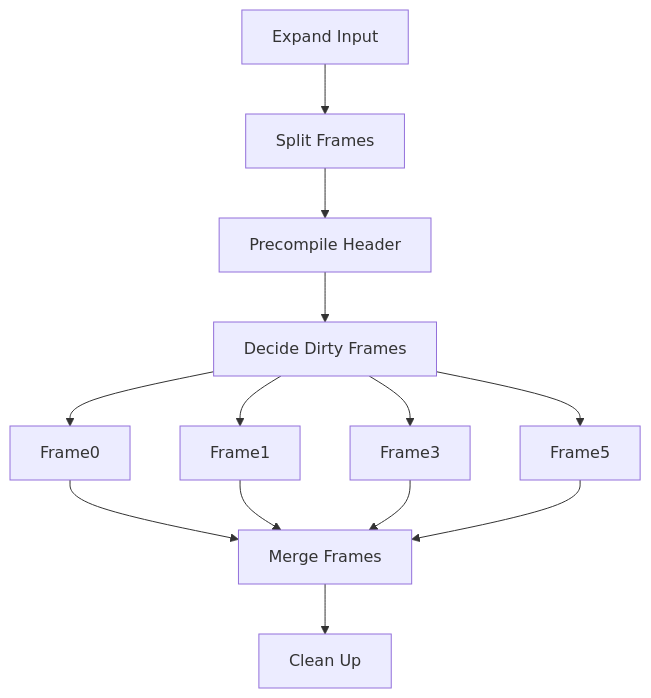
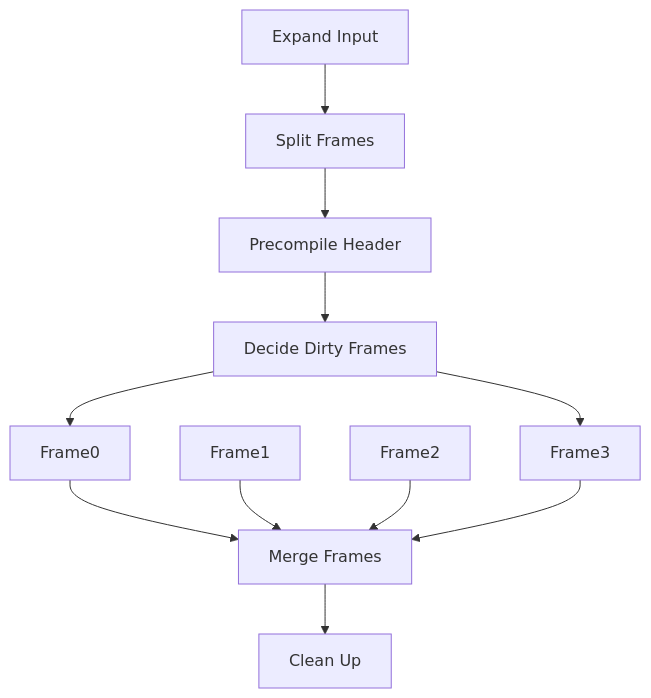
One commit to LogCreative/BeamerBoost changed the diagram in README.md. Above: the diagram before and after it, drawn with Mermaid.

Commit message:
update diagram

````diff
--- a/README.md
+++ b/README.md
@@ -21,13 +21,11 @@
 ```mermaid
 flowchart TD
 E[Expand Input] --> S[Split Frames] --> P[Precompile Header] --> D[Decide Dirty Frames]
 D --> Frame0
-D --> Frame1
 D --> Frame3
-D --> Frame5
 Frame0 --> M[Merge Frames]
 Frame1 --> M
+Frame2 --> M
 Frame3 --> M
-Frame5 --> M
 M --> C[Clean Up]
 ```
````
